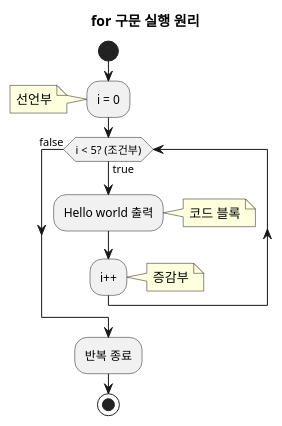
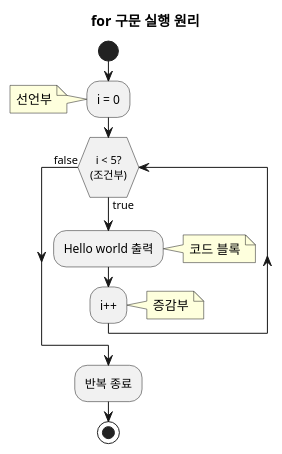
One commit to hiphop5782/all-in-one-java-resources changed the diagram in puml/for-01.puml. Above: the diagram before and after it, drawn with PlantUML.

```diff
--- a/puml/for-01.puml
+++ b/puml/for-01.puml
@@ -1,22 +1,22 @@
 @startuml
 
 title for 구문 실행 원리
 
 
 start
 
 :i = 0;
 note left: 선언부
 
-while (i < 5? (조건부))  is (true)
+while (\n  i < 5?\n(조건부)\n)  is (true)
   :Hello world 출력;
   note right: 코드 블록
   :i++;
   note right: 증감부
 endwhile (false)
 
 :반복 종료;
 
 stop
 
 @enduml
```
